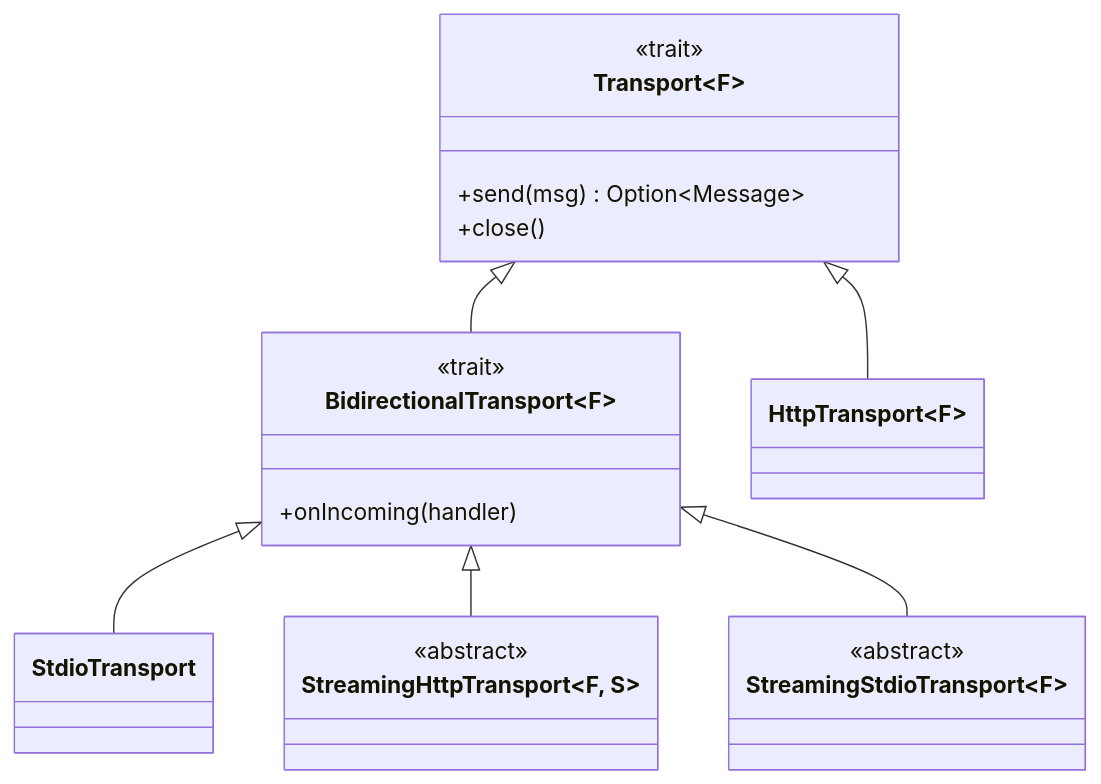
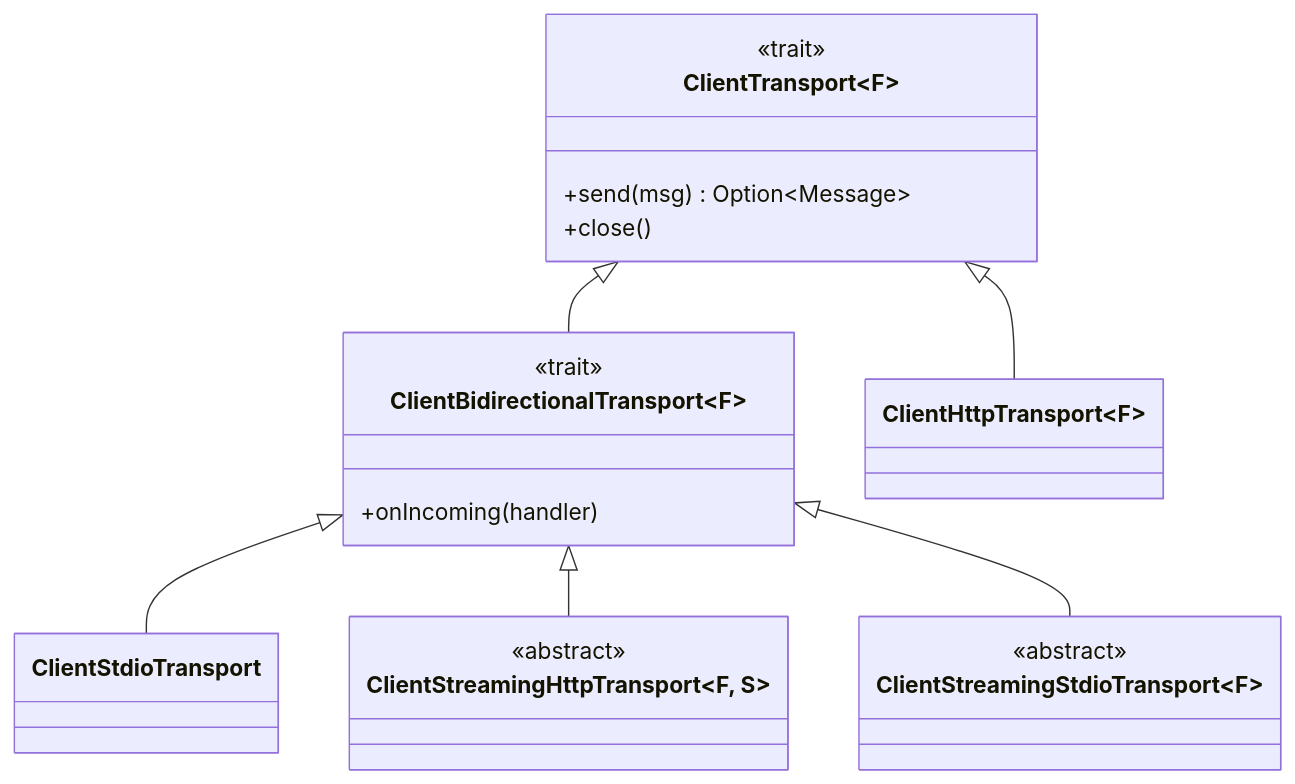
The diagram in generated-docs/out/client/transport.md (softwaremill/chimp), drawn with Mermaid before and after one commit. The commit also changed other lines of this file and 28 other files, not shown here.

````diff
--- a/generated-docs/out/client/transport.md
+++ b/generated-docs/out/client/transport.md
@@ -10,26 +10,26 @@
 ```{mermaid}
 classDiagram
-    class Transport~F~ {
+    class ClientTransport~F~ {
         <<trait>>
         +send(msg) Option~Message~
         +close()
     }
-    class BidirectionalTransport~F~ {
+    class ClientBidirectionalTransport~F~ {
         <<trait>>
         +onIncoming(handler)
     }
-    class HttpTransport~F~
-    class StdioTransport
-    class StreamingHttpTransport~F, S~ {
+    class ClientHttpTransport~F~
+    class ClientStdioTransport
+    class ClientStreamingHttpTransport~F, S~ {
         <<abstract>>
     }
-    class StreamingStdioTransport~F~ {
+    class ClientStreamingStdioTransport~F~ {
         <<abstract>>
     }
 
-    Transport <|-- BidirectionalTransport
-    Transport <|-- HttpTransport
-    BidirectionalTransport <|-- StdioTransport
-    BidirectionalTransport <|-- StreamingHttpTransport
-    BidirectionalTransport <|-- StreamingStdioTransport
+    ClientTransport <|-- ClientBidirectionalTransport
+    ClientTransport <|-- ClientHttpTransport
+    ClientBidirectionalTransport <|-- ClientStdioTransport
+    ClientBidirectionalTransport <|-- ClientStreamingHttpTransport
+    ClientBidirectionalTransport <|-- ClientStreamingStdioTransport
 ```
````
